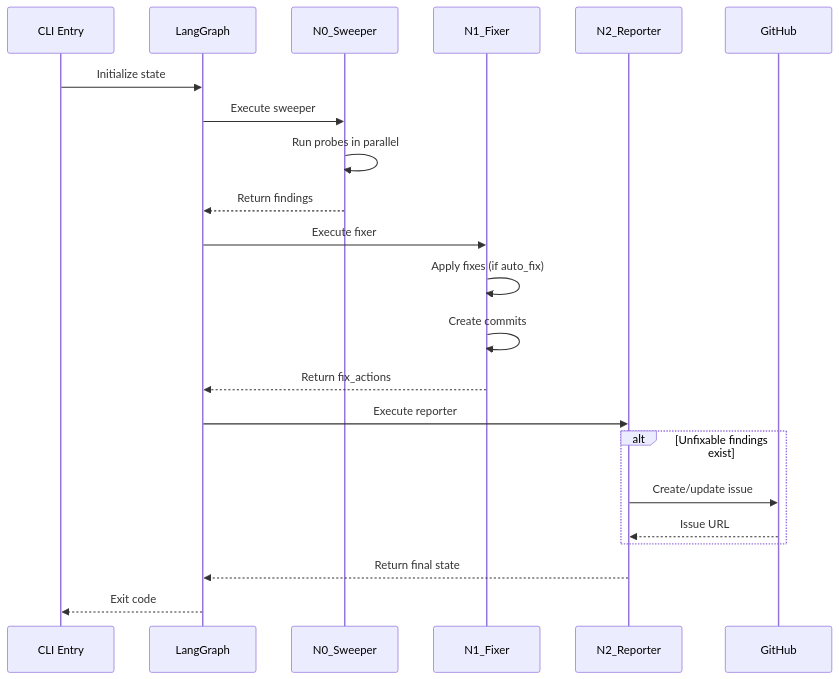
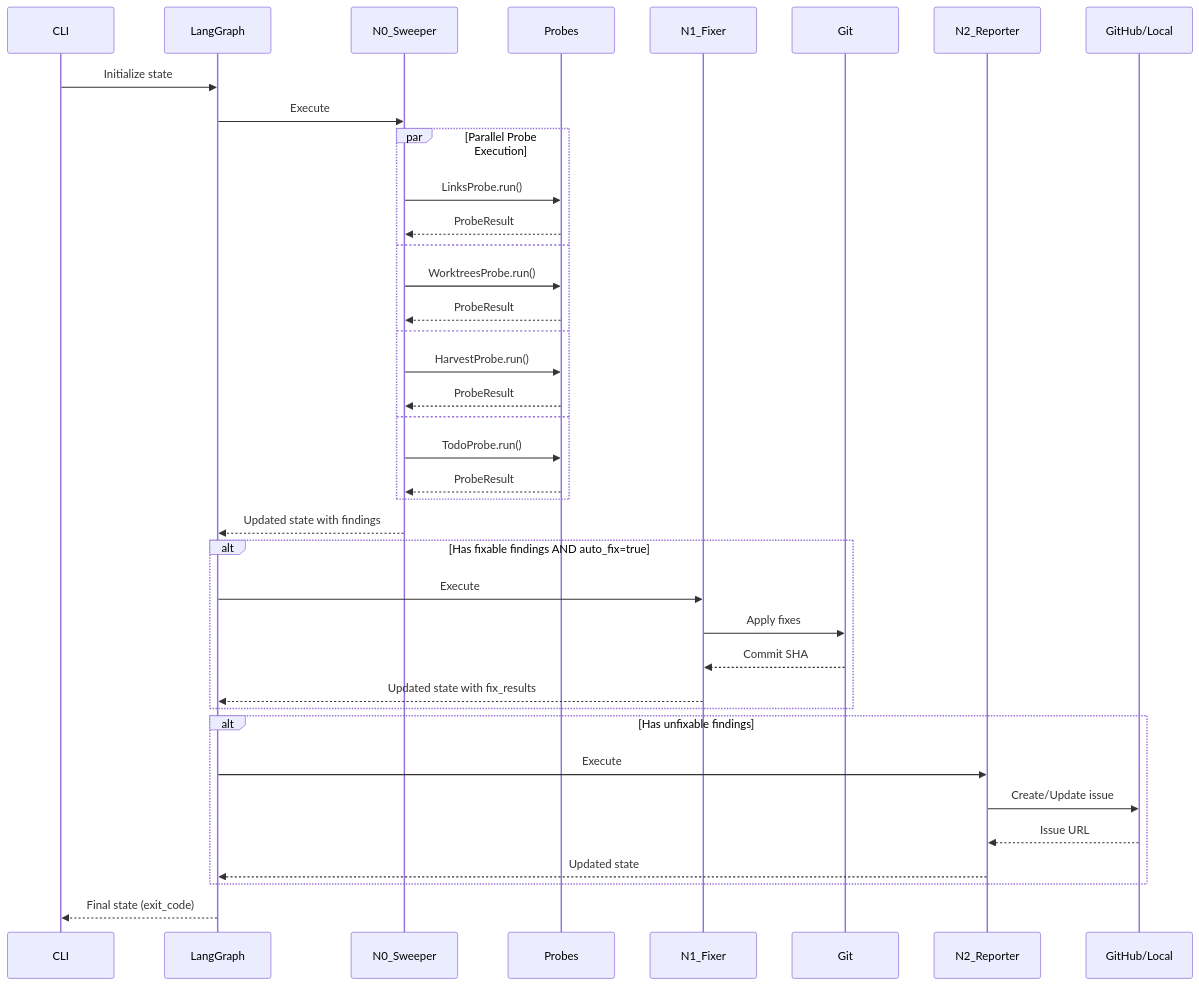
One commit to martymcenroe/AssemblyZero changed the second of 2 diagrams in docs/lineage/active/94-lld/002-draft.md. Above: the diagram before and after it, drawn with Mermaid. The commit also changed other lines of this file and 4 other files, not shown here.

````diff
--- a/docs/lineage/active/94-lld/002-draft.md
+++ b/docs/lineage/active/94-lld/002-draft.md
@@ -457,25 +563,46 @@
 ```mermaid
 sequenceDiagram
-    participant CLI as CLI Entry
-    participant G as LangGraph
-    participant S as N0_Sweeper
-    participant F as N1_Fixer
-    participant R as N2_Reporter
-    participant GH as GitHub
+    participant CLI as CLI
+    participant Graph as LangGraph
+    participant Sweeper as N0_Sweeper
+    participant Probes as Probes
+    participant Fixer as N1_Fixer
+    participant Git as Git
+    participant Reporter as N2_Reporter
+    participant GitHub as GitHub/Local
 
-    CLI->>G: Initialize state
-    G->>S: Execute sweeper
-    S->>S: Run probes in parallel
-    S-->>G: Return findings
-    G->>F: Execute fixer
-    F->>F: Apply fixes (if auto_fix)
-    F->>F: Create commits
-    F-->>G: Return fix_actions
-    G->>R: Execute reporter
-    alt Unfixable findings exist
-        R->>GH: Create/update issue
-        GH-->>R: Issue URL
+    CLI->>Graph: Initialize state
+    Graph->>Sweeper: Execute
+    
+    par Parallel Probe Execution
+        Sweeper->>Probes: LinksProbe.run()
+        Probes-->>Sweeper: ProbeResult
+    and
+        Sweeper->>Probes: WorktreesProbe.run()
+        Probes-->>Sweeper: ProbeResult
+    and
+        Sweeper->>Probes: HarvestProbe.run()
+        Probes-->>Sweeper: ProbeResult
+    and
+        Sweeper->>Probes: TodoProbe.run()
+        Probes-->>Sweeper: ProbeResult
     end
-    R-->>G: Return final state
-    G-->>CLI: Exit code
+    
+    Sweeper-->>Graph: Updated state with findings
+    
+    alt Has fixable findings AND auto_fix=true
+        Graph->>Fixer: Execute
+        Fixer->>Git: Apply fixes
+        Git-->>Fixer: Commit SHA
+        Fixer-->>Graph: Updated state with fix_results
+    end
+    
+    alt Has unfixable findings
+        Graph->>Reporter: Execute
+        Reporter->>GitHub: Create/Update issue
+        GitHub-->>Reporter: Issue URL
+        Reporter-->>Graph: Updated state
+    end
+    
+    Graph-->>CLI: Final state (exit_code)
 ```
````
